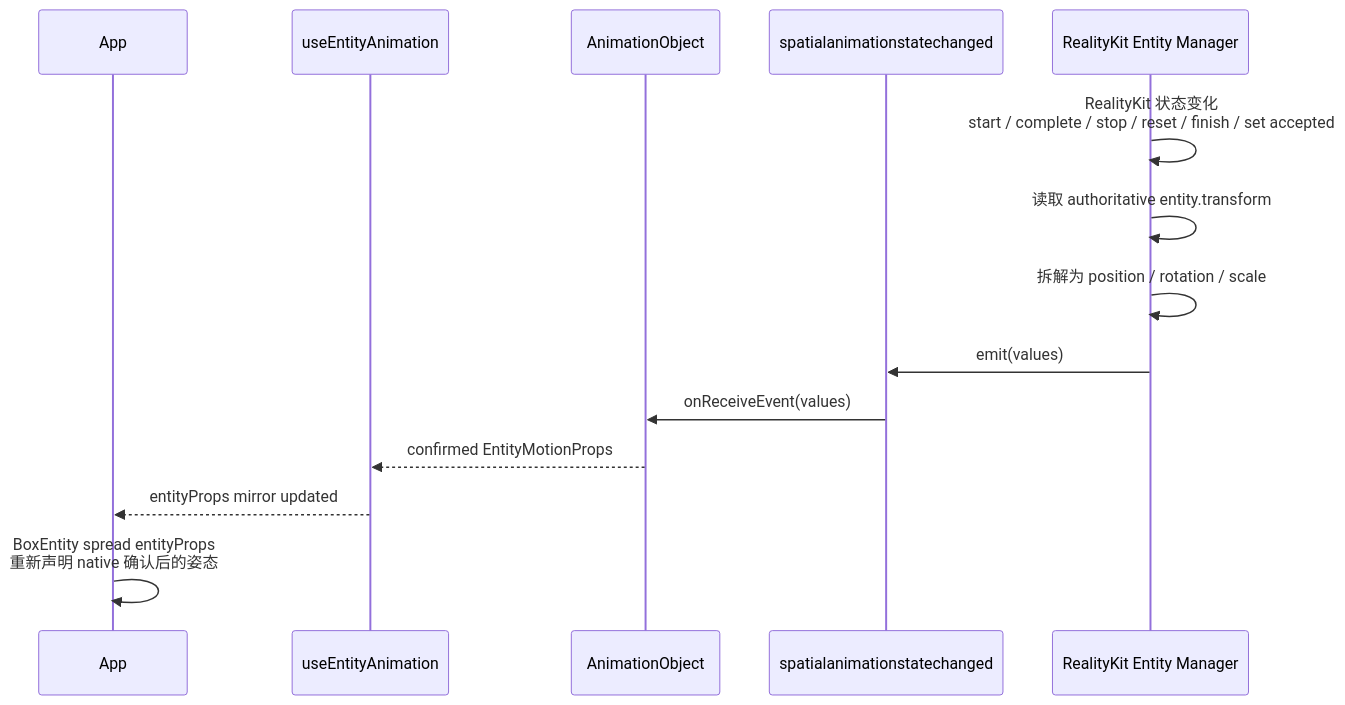
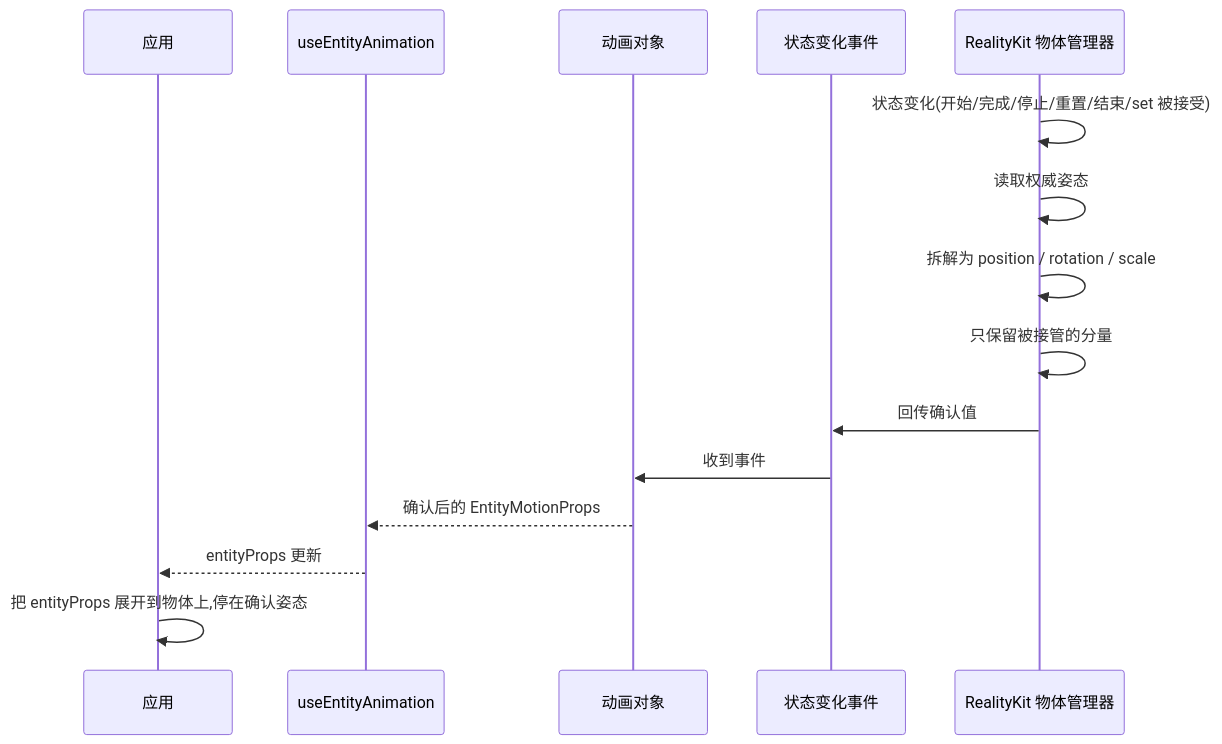
One commit to webspatial/webspatial-sdk changed the third of 11 diagrams in openspec/changes/redesign-entity-motion-api/design.zh.md. Above: the diagram before and after it, drawn with Mermaid. The commit also changed other lines of this file and 7 other files, not shown here.

````diff
--- a/openspec/changes/redesign-entity-motion-api/design.zh.md
+++ b/openspec/changes/redesign-entity-motion-api/design.zh.md
@@ -262,17 +320,18 @@
 ```mermaid
 sequenceDiagram
-    participant App
+    participant App as 应用
     participant Hook as useEntityAnimation
-    participant Obj as AnimationObject
-    participant Event as spatialanimationstatechanged
-    participant Native as RealityKit Entity Manager
+    participant Obj as 动画对象
+    participant Event as 状态变化事件
+    participant Native as RealityKit 物体管理器
 
-    Native->>Native: RealityKit 状态变化<br/>start / complete / stop / reset / finish / set accepted
-    Native->>Native: 读取 authoritative entity.transform
+    Native->>Native: 状态变化(开始/完成/停止/重置/结束/set 被接受)
+    Native->>Native: 读取权威姿态
     Native->>Native: 拆解为 position / rotation / scale
-    Native->>Event: emit(values)
-    Event->>Obj: onReceiveEvent(values)
-    Obj-->>Hook: confirmed EntityMotionProps
-    Hook-->>App: entityProps mirror updated
-    App->>App: BoxEntity spread entityProps<br/>重新声明 native 确认后的姿态
+    Native->>Native: 只保留被接管的分量
+    Native->>Event: 回传确认值
+    Event->>Obj: 收到事件
+    Obj-->>Hook: 确认后的 EntityMotionProps
+    Hook-->>App: entityProps 更新
+    App->>App: 把 entityProps 展开到物体上,停在确认姿态
 ```
````
